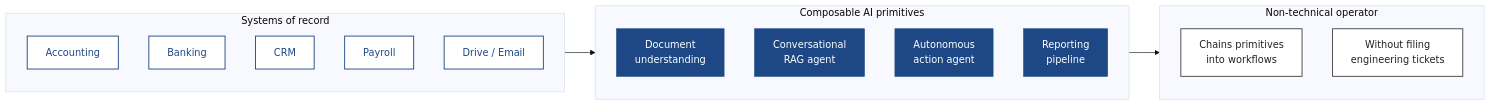
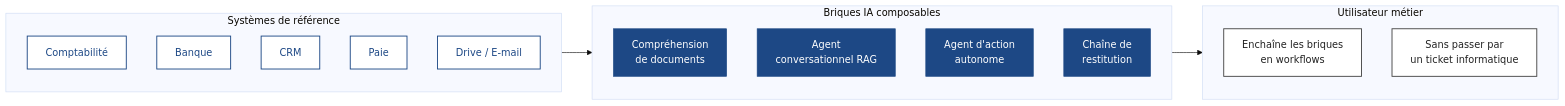
The diagram in README.md (Victorien-bnt/Victorien-bnt), drawn with Mermaid (base theme) before and after one commit. The commit also changed other lines of this file, not shown here.

````diff
--- a/README.md
+++ b/README.md
@@ -46,30 +46,30 @@
 ```mermaid
 flowchart LR
-    subgraph SoR["Systems of record"]
+    subgraph SoR["Systèmes de référence"]
         direction TB
-        A1[Accounting]
-        A2[Banking]
+        A1[Comptabilité]
+        A2[Banque]
         A3[CRM]
-        A4[Payroll]
-        A5[Drive / Email]
+        A4[Paie]
+        A5[Drive / E-mail]
     end
-    subgraph Skills["Composable AI primitives"]
+    subgraph Skills["Briques IA composables"]
         direction TB
-        S1[Document<br/>understanding]
-        S2[Conversational<br/>RAG agent]
-        S3[Autonomous<br/>action agent]
-        S4[Reporting<br/>pipeline]
+        S1[Compréhension<br/>de documents]
+        S2[Agent<br/>conversationnel RAG]
+        S3[Agent d'action<br/>autonome]
+        S4[Chaîne de<br/>restitution]
     end
-    subgraph Users["Non-technical operator"]
+    subgraph Users["Utilisateur métier"]
         direction TB
-        U1[Chains primitives<br/>into workflows]
-        U2[Without filing<br/>engineering tickets]
+        U1[Enchaîne les briques<br/>en workflows]
+        U2[Sans passer par<br/>un ticket informatique]
     end
     SoR --> Skills --> Users
     classDef sor fill:#fff,stroke:#1d4885,stroke-width:1.5px,color:#1d4885
     classDef skills fill:#1d4885,stroke:#1d4885,color:#fff
     classDef users fill:#fff,stroke:#444,stroke-width:1.5px,color:#222
     class A1,A2,A3,A4,A5 sor
     class S1,S2,S3,S4 skills
     class U1,U2 users
 ```
````
